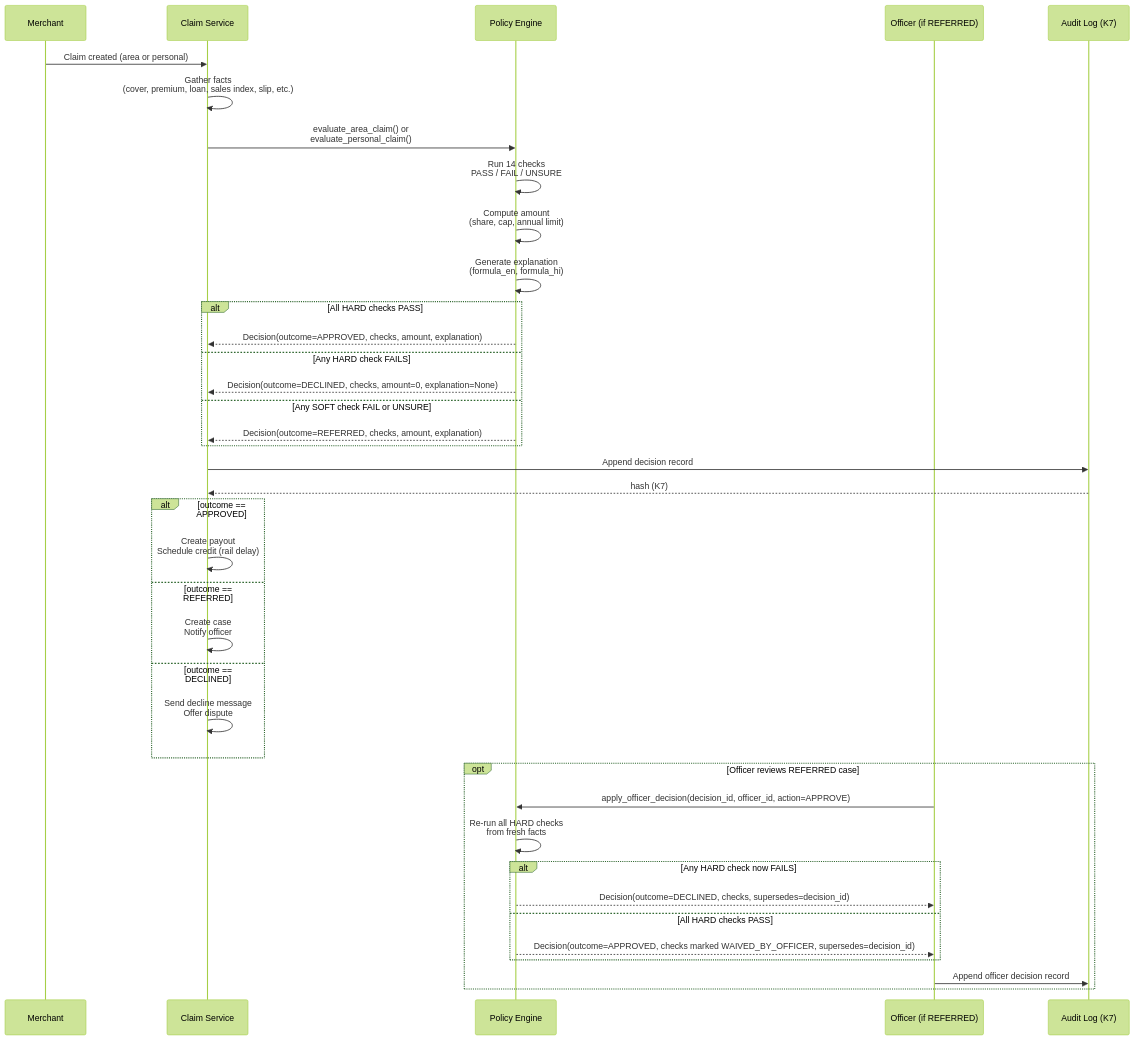
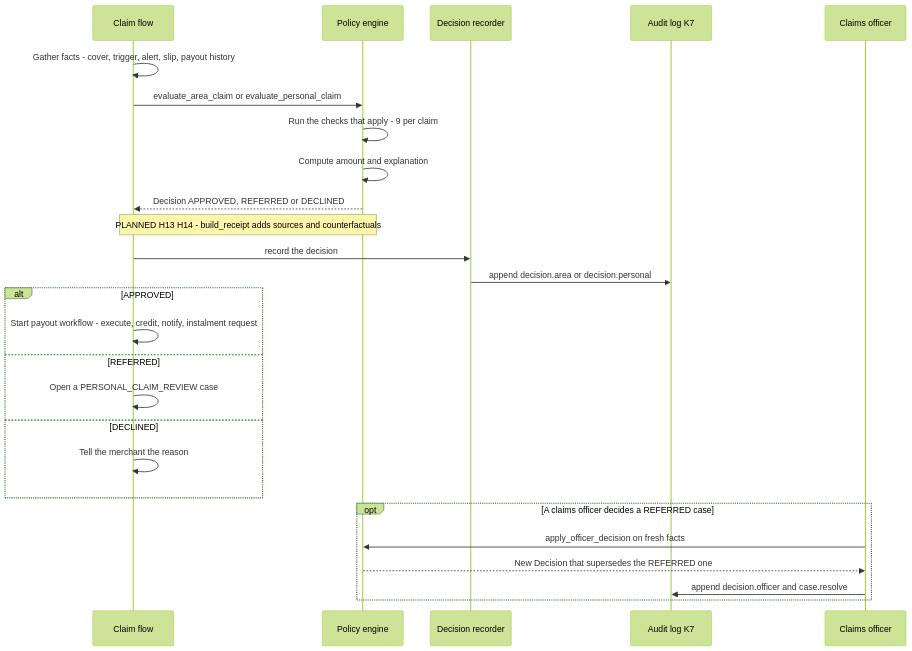
The first of 2 diagrams in docs/02-product/feature-specs/fs-09-policy-engine-and-audit.md (UjjwalPardeshi/Chhatri), drawn with Mermaid (forest theme) before and after one commit. The commit also changed other lines of this file and 57 other files, not shown here.

First line of the commit message:
docs: make the specs build-ready for the all-P0 build

````diff
--- a/docs/02-product/feature-specs/fs-09-policy-engine-and-audit.md
+++ b/docs/02-product/feature-specs/fs-09-policy-engine-and-audit.md
@@ -90,46 +95,28 @@
 ```mermaid
 sequenceDiagram
-  participant Merchant as Merchant
-  participant Chhatri as Claim Service
-  participant Engine as Policy Engine
-  participant Officer as Officer (if REFERRED)
-  participant Audit as Audit Log (K7)
-  
-  Merchant->>Chhatri: Claim created (area or personal)
-  Chhatri->>Chhatri: Gather facts<br/>(cover, premium, loan, sales index, slip, etc.)
-  
-  Chhatri->>Engine: evaluate_area_claim() or<br/>evaluate_personal_claim()
-  Engine->>Engine: Run 14 checks<br/>PASS / FAIL / UNSURE
-  Engine->>Engine: Compute amount<br/>(share, cap, annual limit)
-  Engine->>Engine: Generate explanation<br/>(formula_en, formula_hi)
-  
-  alt All HARD checks PASS
-    Engine-->>Chhatri: Decision(outcome=APPROVED, checks, amount, explanation)
-  else Any HARD check FAILS
-    Engine-->>Chhatri: Decision(outcome=DECLINED, checks, amount=0, explanation=None)
-  else Any SOFT check FAIL or UNSURE
-    Engine-->>Chhatri: Decision(outcome=REFERRED, checks, amount, explanation)
+  participant Flow as Claim flow
+  participant Engine as Policy engine
+  participant Rec as Decision recorder
+  participant Audit as Audit log K7
+  participant Officer as Claims officer
+  Flow->>Flow: Gather facts - cover, trigger, alert, slip, payout history
+  Flow->>Engine: evaluate_area_claim or evaluate_personal_claim
+  Engine->>Engine: Run the checks that apply - 9 per claim
+  Engine->>Engine: Compute amount and explanation
+  Engine-->>Flow: Decision APPROVED, REFERRED or DECLINED
+  Note over Flow,Engine: PLANNED H13 H14 - build_receipt adds sources and counterfactuals
+  Flow->>Rec: record the decision
+  Rec->>Audit: append decision.area or decision.personal
+  alt APPROVED
+    Flow->>Flow: Start payout workflow - execute, credit, notify, instalment request
+  else REFERRED
+    Flow->>Flow: Open a PERSONAL_CLAIM_REVIEW case
+  else DECLINED
+    Flow->>Flow: Tell the merchant the reason
   end
-  
-  Chhatri->>Audit: Append decision record
-  Audit-->>Chhatri: hash (K7)
-  
-  alt outcome == APPROVED
-    Chhatri->>Chhatri: Create payout<br/>Schedule credit (rail delay)
-  else outcome == REFERRED
-    Chhatri->>Chhatri: Create case<br/>Notify officer
-  else outcome == DECLINED
-    Chhatri->>Chhatri: Send decline message<br/>Offer dispute
-  end
-  
-  opt Officer reviews REFERRED case
-    Officer->>Engine: apply_officer_decision(decision_id, officer_id, action=APPROVE)
-    Engine->>Engine: Re-run all HARD checks<br/>from fresh facts
-    alt Any HARD check now FAILS
-      Engine-->>Officer: Decision(outcome=DECLINED, checks, supersedes=decision_id)
-    else All HARD checks PASS
-      Engine-->>Officer: Decision(outcome=APPROVED, checks marked WAIVED_BY_OFFICER, supersedes=decision_id)
-    end
-    Officer->>Audit: Append officer decision record
+  opt A claims officer decides a REFERRED case
+    Officer->>Engine: apply_officer_decision on fresh facts
+    Engine-->>Officer: New Decision that supersedes the REFERRED one
+    Officer->>Audit: append decision.officer and case.resolve
   end
 ```
````
